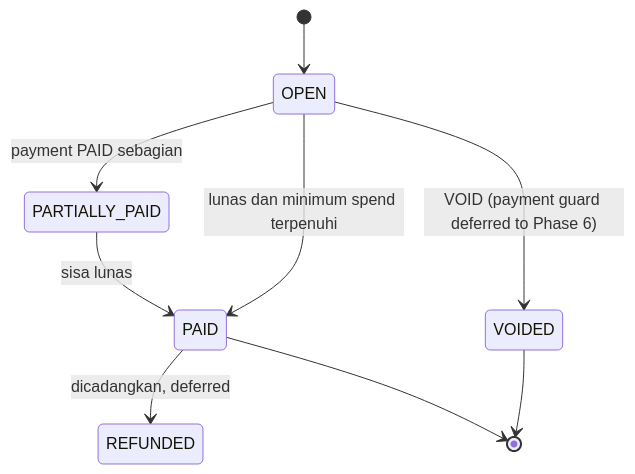
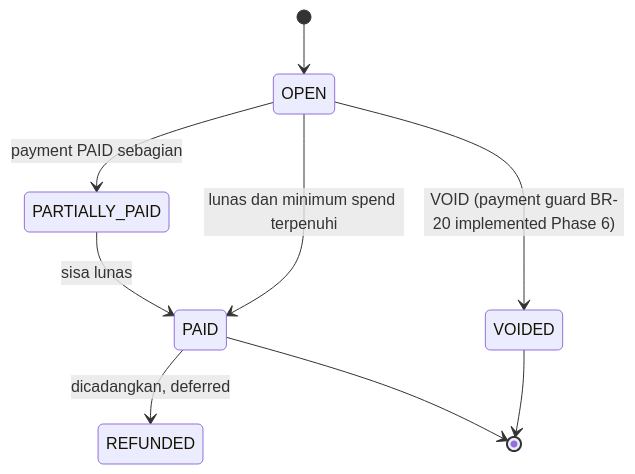
Diagram 13 of 18 in docs/UML.md (ranggautama47/nightvenue-backend), drawn with Mermaid before and after one commit. The commit also changed other lines of this file and 6 other files, not shown here.

````diff
--- a/docs/UML.md
+++ b/docs/UML.md
@@ -547,11 +547,11 @@
 ```mermaid
 stateDiagram-v2
     [*] --> OPEN
     OPEN --> PARTIALLY_PAID : payment PAID sebagian
     OPEN --> PAID : lunas dan minimum spend terpenuhi
     PARTIALLY_PAID --> PAID : sisa lunas
-    OPEN --> VOIDED : VOID (payment guard deferred to Phase 6)
+    OPEN --> VOIDED : VOID (payment guard BR-20 implemented Phase 6)
     PAID --> REFUNDED : dicadangkan, deferred
     VOIDED --> [*]
     PAID --> [*]
 ```
````
